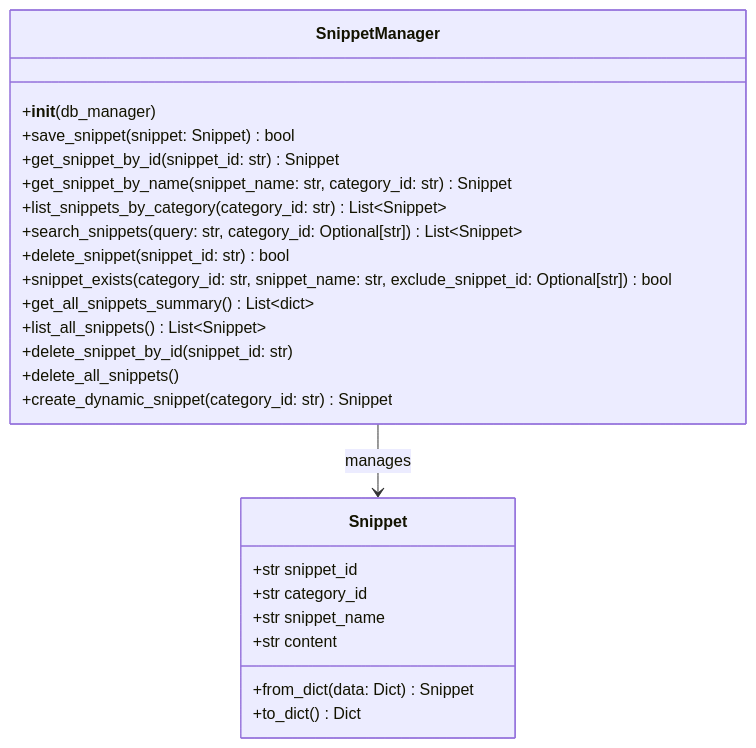
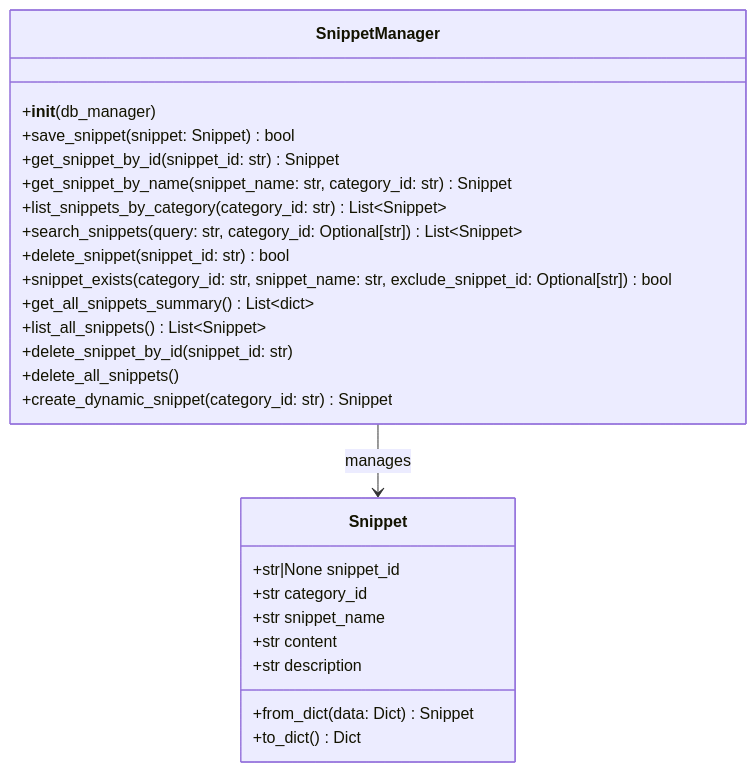
Before and after one commit to SeanAdams10/AITypingTrainer: the second of 7 diagrams in Prompts/AllUML.md, drawn with Mermaid. The commit also changed other lines of this file and 22 other files, not shown here.

````diff
--- a/Prompts/AllUML.md
+++ b/Prompts/AllUML.md
@@ -31,27 +31,28 @@
 ```mermaid
 classDiagram
     class Snippet {
-        +str snippet_id
+        +str|None snippet_id
         +str category_id
         +str snippet_name
         +str content
+        +str description
         +from_dict(data: Dict) Snippet
         +to_dict() Dict
     }
     class SnippetManager {
         +__init__(db_manager)
         +save_snippet(snippet: Snippet) bool
         +get_snippet_by_id(snippet_id: str) Snippet
         +get_snippet_by_name(snippet_name: str, category_id: str) Snippet
         +list_snippets_by_category(category_id: str) List~Snippet~
         +search_snippets(query: str, category_id: Optional[str]) List~Snippet~
         +delete_snippet(snippet_id: str) bool
         +snippet_exists(category_id: str, snippet_name: str, exclude_snippet_id: Optional[str]) bool
         +get_all_snippets_summary() List~dict~
         +list_all_snippets() List~Snippet~
         +delete_snippet_by_id(snippet_id: str)
         +delete_all_snippets()
         +create_dynamic_snippet(category_id: str) Snippet
     }
     SnippetManager --> Snippet : manages
 ```
````
